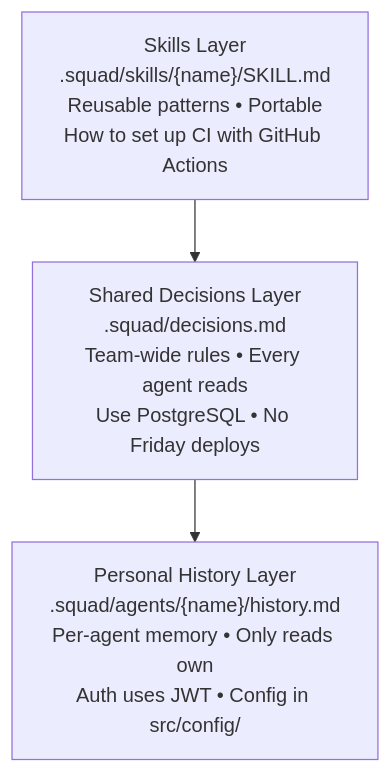
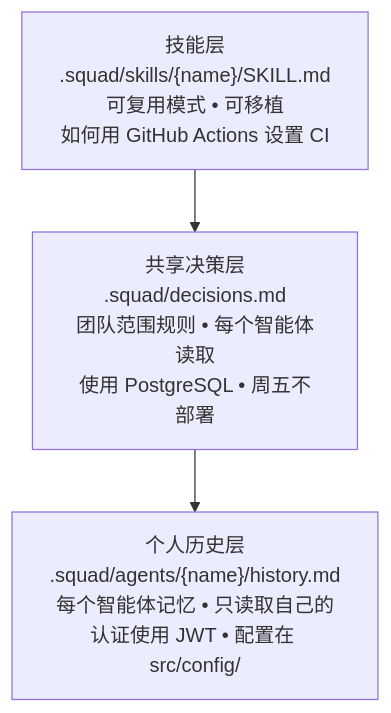
The diagram in docs/src/content/docs-zh/concepts/memory-and-knowledge.md (Allen-work-mk/squad-zh), drawn with Mermaid before and after one commit. The commit also changed other lines of this file and 5 other files, not shown here.

````diff
--- a/docs/src/content/docs-zh/concepts/memory-and-knowledge.md
+++ b/docs/src/content/docs-zh/concepts/memory-and-knowledge.md
@@ -30,9 +29,9 @@
 ```mermaid
 graph TD
-    A["Skills Layer<br/>.squad/skills/{name}/SKILL.md<br/>Reusable patterns • Portable<br/>How to set up CI with GitHub Actions"]
-    B["Shared Decisions Layer<br/>.squad/decisions.md<br/>Team-wide rules • Every agent reads<br/>Use PostgreSQL • No Friday deploys"]
-    C["Personal History Layer<br/>.squad/agents/{name}/history.md<br/>Per-agent memory • Only reads own<br/>Auth uses JWT • Config in src/config/"]
+    A["技能层<br/>.squad/skills/{name}/SKILL.md<br/>可复用模式 • 可移植<br/>如何用 GitHub Actions 设置 CI"]
+    B["共享决策层<br/>.squad/decisions.md<br/>团队范围规则 • 每个智能体读取<br/>使用 PostgreSQL • 周五不部署"]
+    C["个人历史层<br/>.squad/agents/{name}/history.md<br/>每个智能体记忆 • 只读取自己的<br/>认证使用 JWT • 配置在 src/config/"]
     
     A --> B
     B --> C
 ```
````
